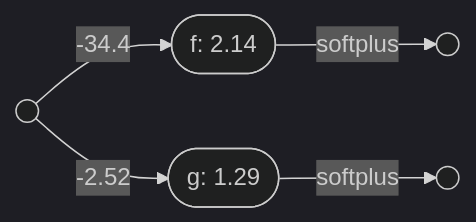
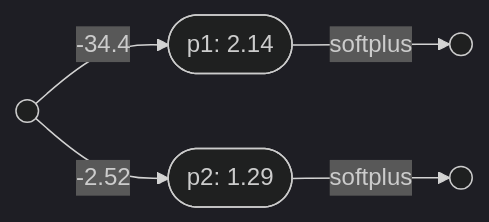
One commit to conmaol/maglocunus changed the fifth of 5 diagrams in nodes/neural_networks.md. Above: the diagram before and after it, drawn with Mermaid (dark theme). The commit also changed other lines of this file, not shown here.

````diff
--- a/nodes/neural_networks.md
+++ b/nodes/neural_networks.md
@@ -70,7 +70,7 @@
 ```mermaid
 graph LR
-    A(( )) -- "-34.4" --> B(["f: 2.14"])
-    A -- "-2.52" --> C(["g: 1.29"])
+    A(( )) -- "-34.4" --> B(["p1: 2.14"])
+    A -- "-2.52" --> C(["p2: 1.29"])
     B -- "softplus" --> D(( ))
     C -- "softplus" --> E(( ))
 ```
````
